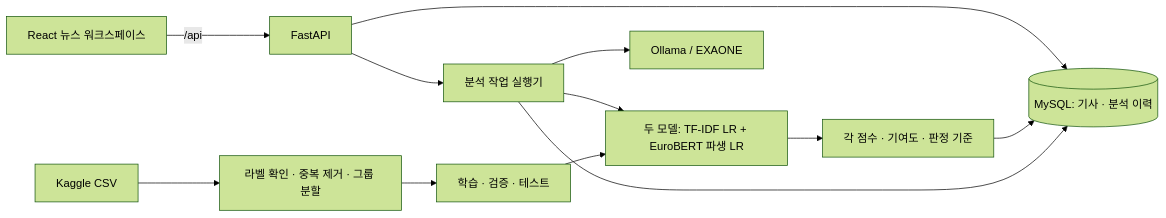
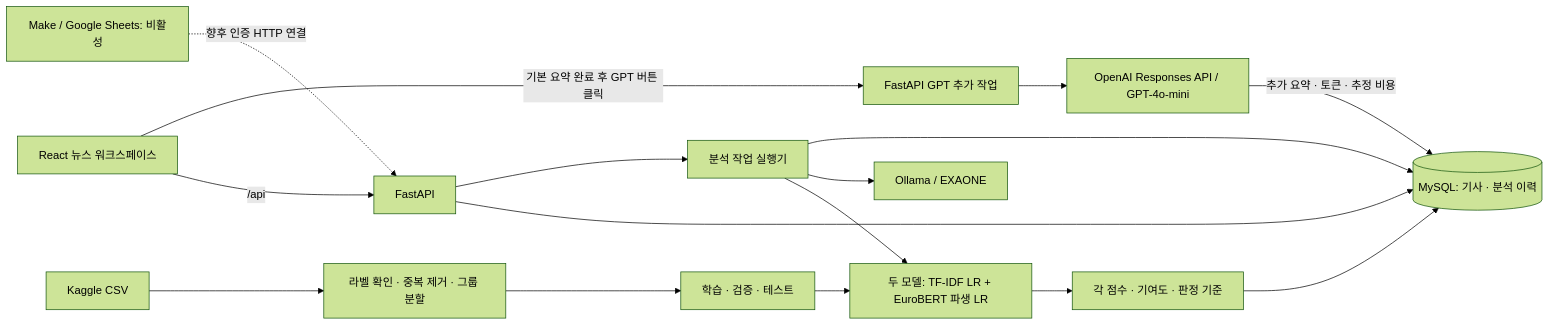
One commit to An1207/Fake_News-By-Kaggle changed the diagram in README.md. Above: the diagram before and after it, drawn with Mermaid (forest theme). The commit also changed other lines of this file and 25 other files, not shown here.

First line of the commit message:
feat: add opt-in GPT summaries and inactive Make pipeline

````diff
--- a/README.md
+++ b/README.md
@@ -34,14 +38,18 @@
 ```mermaid
 flowchart LR
     UI[React 뉴스 워크스페이스] -->|/api| API[FastAPI]
     API --> DB[(MySQL: 기사 · 분석 이력)]
     API --> Jobs[분석 작업 실행기]
     Jobs --> Classifier[두 모델: TF-IDF LR + EuroBERT 파생 LR]
     Classifier --> Evidence[각 점수 · 기여도 · 판정 기준]
     Evidence --> DB
     Jobs --> Ollama[Ollama / EXAONE]
+    UI -->|기본 요약 완료 후 GPT 버튼 클릭| GPTJob[FastAPI GPT 추가 작업]
+    GPTJob --> GPT[OpenAI Responses API / GPT-4o-mini]
+    GPT -->|추가 요약 · 토큰 · 추정 비용| DB
+    Make[Make / Google Sheets: 비활성] -.->|향후 인증 HTTP 연결| API
     Jobs --> DB
     Kaggle[Kaggle CSV] --> Prepare[라벨 확인 · 중복 제거 · 그룹 분할]
     Prepare --> Train[학습 · 검증 · 테스트]
     Train --> Classifier
 ```
````
